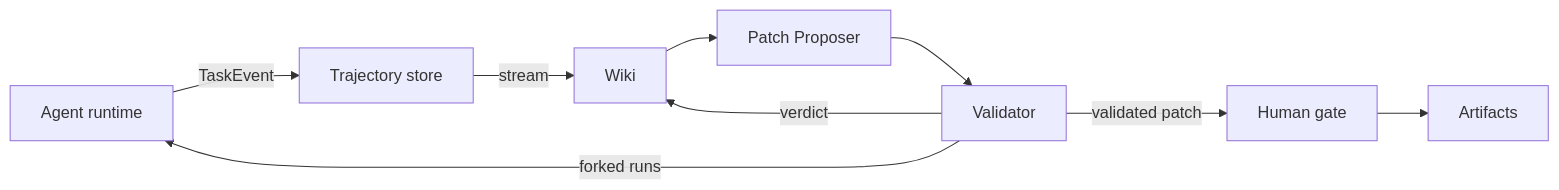
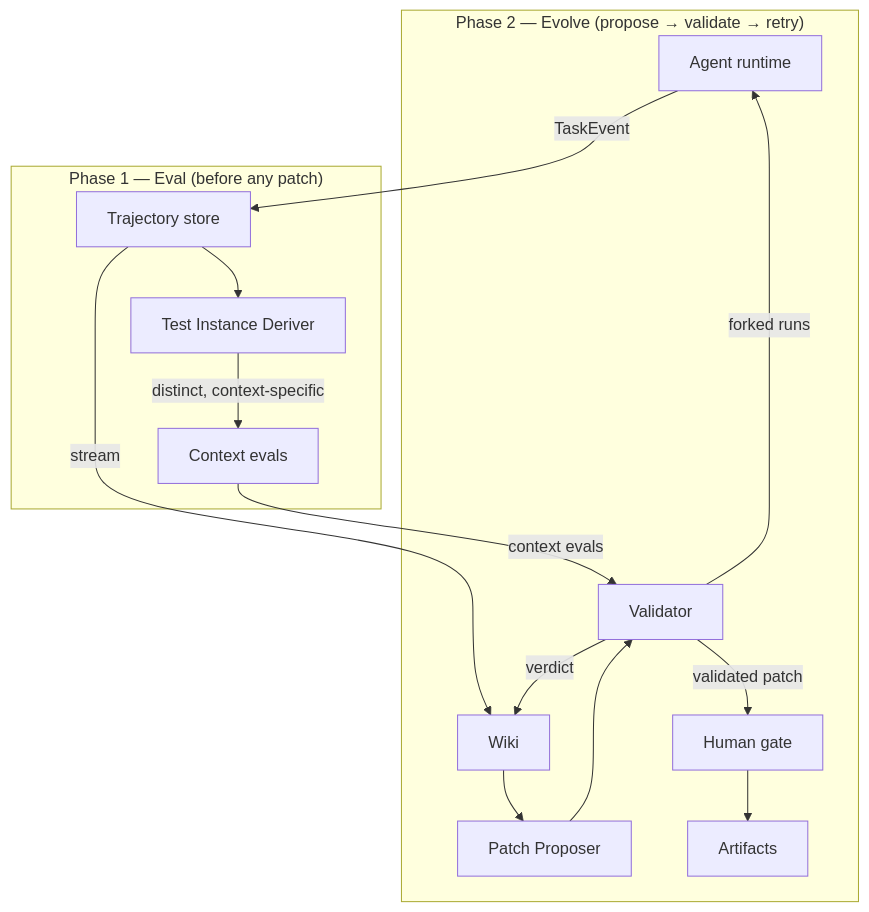
One commit to Ajaya1000/llmx changed the first of 5 diagrams in docs/architecture/evolution-framework.md. Above: the diagram before and after it, drawn with Mermaid. The commit also changed other lines of this file and 73 other files, not shown here.

````diff
--- a/docs/architecture/evolution-framework.md
+++ b/docs/architecture/evolution-framework.md
@@ -28,11 +30,20 @@
 ```mermaid
-flowchart LR
+flowchart TB
     RT[Agent runtime] -->|"TaskEvent"| TS[Trajectory store]
-    TS -->|"stream"| W[Wiki]
-    W --> PP[Patch Proposer]
-    PP --> V[Validator]
-    V -->|"forked runs"| RT
-    V -->|"verdict"| W
-    V -->|"validated patch"| H[Human gate]
-    H --> A[Artifacts]
+
+    subgraph eval["Phase 1 — Eval (before any patch)"]
+        TS --> ED[Test Instance Deriver]
+        ED -->|"distinct, context-specific"| ES[Context evals]
+    end
+
+    subgraph evolve["Phase 2 — Evolve (propose → validate → retry)"]
+        TS -->|"stream"| W[Wiki]
+        W --> PP[Patch Proposer]
+        PP --> V[Validator]
+        ES -->|"context evals"| V
+        V -->|"forked runs"| RT
+        V -->|"verdict"| W
+        V -->|"validated patch"| H[Human gate]
+        H --> A[Artifacts]
+    end
 ```
````
